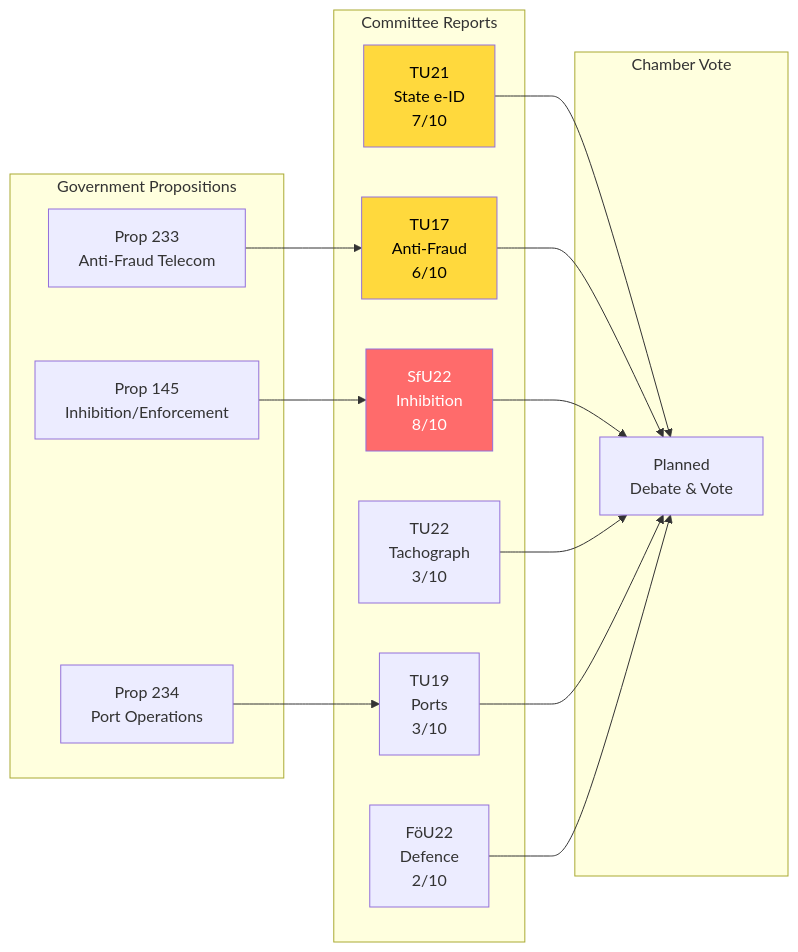
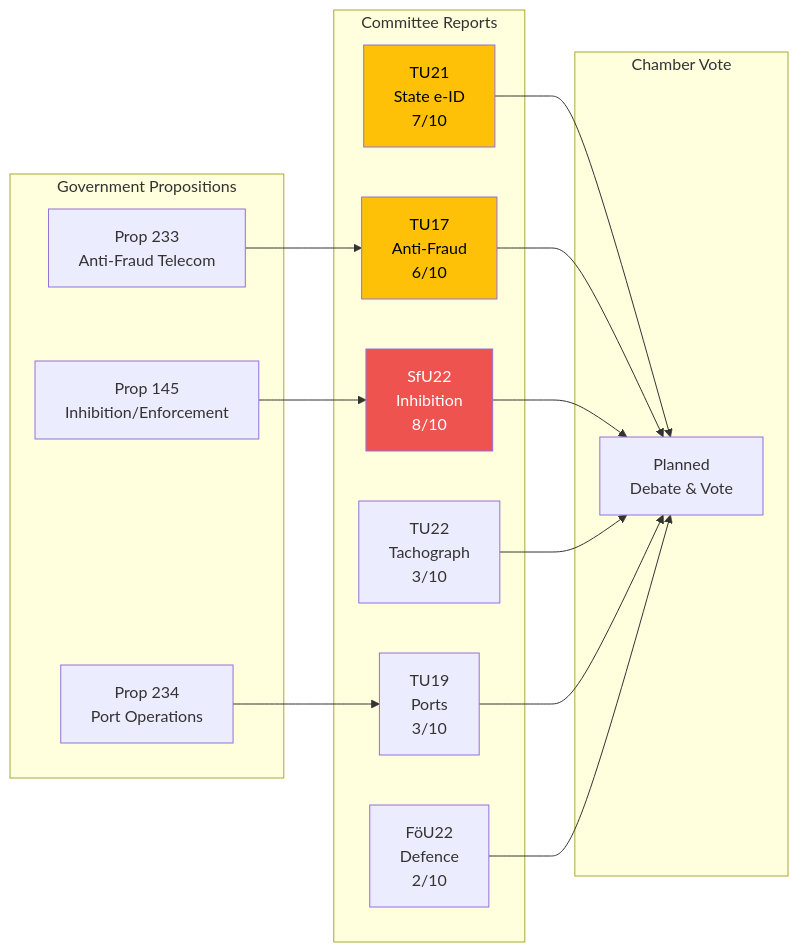
Before and after one commit to Hack23/riksdagsmonitor: the diagram in analysis/daily/2026-04-16/committeeReports/synthesis-summary.md, drawn with Mermaid. The commit also changed 785 other files, not shown here.

First line of the commit message:
Normalize mermaid colors across 786 analysis artifacts to ISMS Style Guide palette

````diff
--- a/analysis/daily/2026-04-16/committeeReports/synthesis-summary.md
+++ b/analysis/daily/2026-04-16/committeeReports/synthesis-summary.md
@@ -35,31 +35,31 @@
 ```mermaid
 flowchart LR
     subgraph Propositions["Government Propositions"]
         P145["Prop 145\nInhibition/Enforcement"]
         P233["Prop 233\nAnti-Fraud Telecom"]
         P234["Prop 234\nPort Operations"]
     end
     subgraph Committee["Committee Reports"]
-        style SfU22 fill:#ff6b6b,color:#fff
-        style TU21 fill:#ffd93d,color:#000
-        style TU17 fill:#ffd93d,color:#000
+        style SfU22 fill:#EF5350,color:#FFFFFF
+        style TU21 fill:#FFC107,color:#000000
+        style TU17 fill:#FFC107,color:#000000
         TU21["TU21\nState e-ID\n7/10"]
         TU17["TU17\nAnti-Fraud\n6/10"]
         SfU22["SfU22\nInhibition\n8/10"]
         TU22["TU22\nTachograph\n3/10"]
         TU19["TU19\nPorts\n3/10"]
         FöU22["FöU22\nDefence\n2/10"]
     end
     subgraph Chamber["Chamber Vote"]
         Vote["Planned\nDebate & Vote"]
     end
     P145 --> SfU22
     P233 --> TU17
     P234 --> TU19
     TU21 --> Vote
     TU17 --> Vote
     SfU22 --> Vote
     TU22 --> Vote
     TU19 --> Vote
     FöU22 --> Vote
 ```
````
